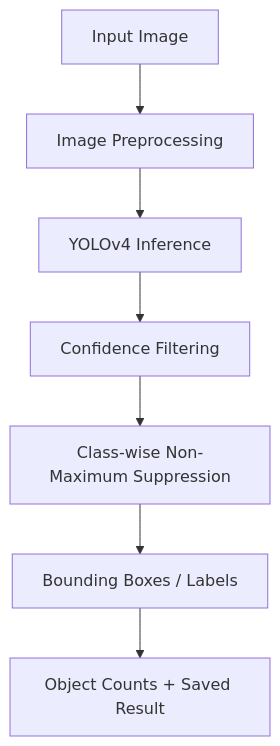
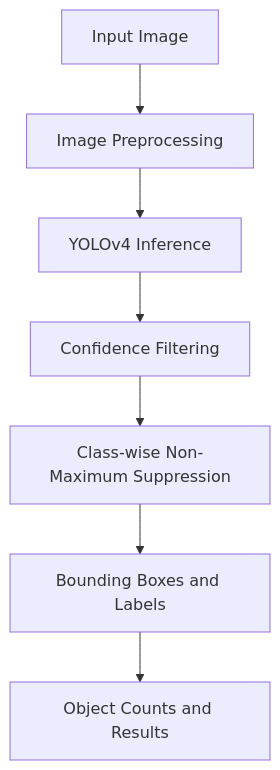
Before and after one commit to IreshaNethmini20/Object_Detection_Project: the diagram in README.md, drawn with Mermaid. The commit also changed other lines of this file and 17 other files, not shown here.

````diff
--- a/README.md
+++ b/README.md
@@ -31,9 +50,9 @@
 ```mermaid
 flowchart TD
     A[Input Image] --> B[Image Preprocessing]
     B --> C[YOLOv4 Inference]
     C --> D[Confidence Filtering]
     D --> E[Class-wise Non-Maximum Suppression]
-    E --> F[Bounding Boxes / Labels]
-    F --> G[Object Counts + Saved Result]
+    E --> F[Bounding Boxes and Labels]
+    F --> G[Object Counts and Results]
 ```
````
